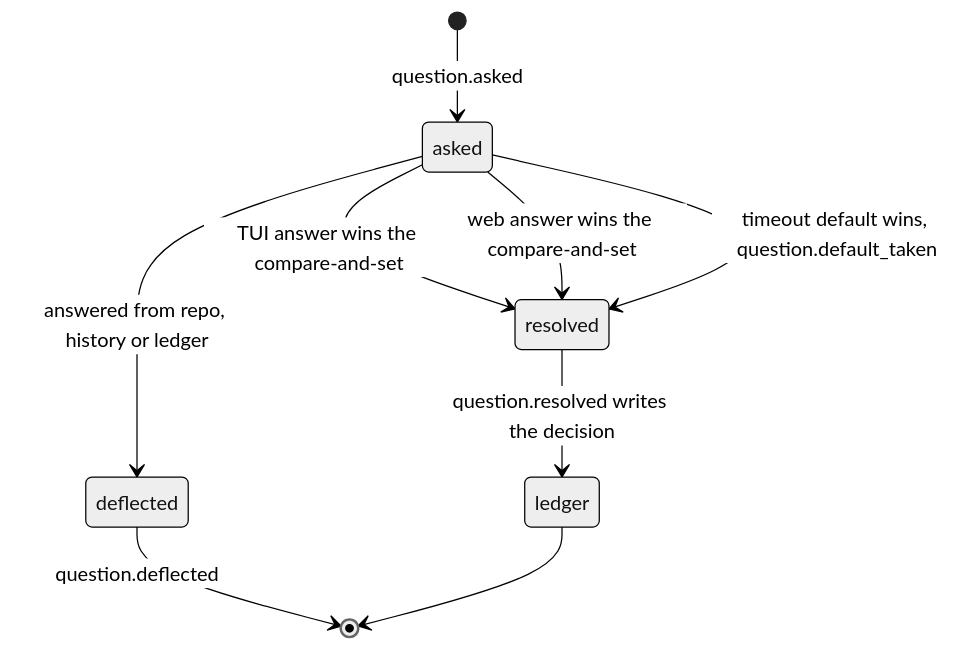
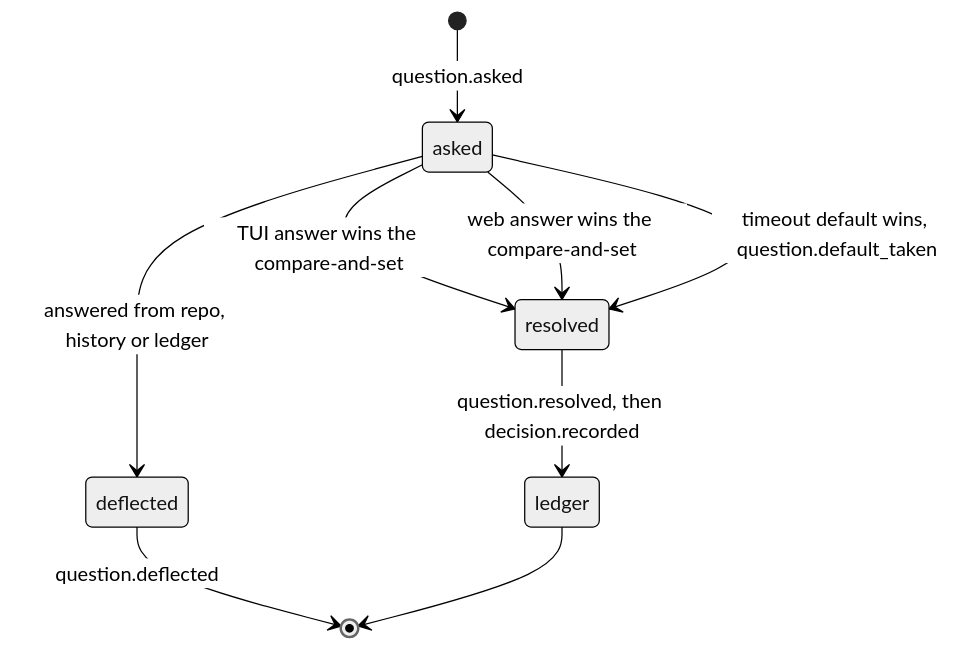
The fourth of 4 diagrams in docs/planning-artifacts/architecture/architecture-agent-orcastrator-2026-09-19/ARCHITECTURE-SPINE.md (codeninja93/agent-orc), drawn with Mermaid (neutral theme) before and after one commit. The commit also changed other lines of this file and 2 other files, not shown here.

````diff
--- a/docs/planning-artifacts/architecture/architecture-agent-orcastrator-2026-09-19/ARCHITECTURE-SPINE.md
+++ b/docs/planning-artifacts/architecture/architecture-agent-orcastrator-2026-09-19/ARCHITECTURE-SPINE.md
@@ -426,11 +427,11 @@
 ```mermaid
 stateDiagram-v2
     [*] --> asked: question.asked
     asked --> resolved: TUI answer wins the compare-and-set
     asked --> resolved: web answer wins the compare-and-set
     asked --> resolved: timeout default wins, question.default_taken
     asked --> deflected: answered from repo, history or ledger
-    resolved --> ledger: question.resolved writes the decision
+    resolved --> ledger: question.resolved, then decision.recorded
     deflected --> [*]: question.deflected
     ledger --> [*]
 ```
````
